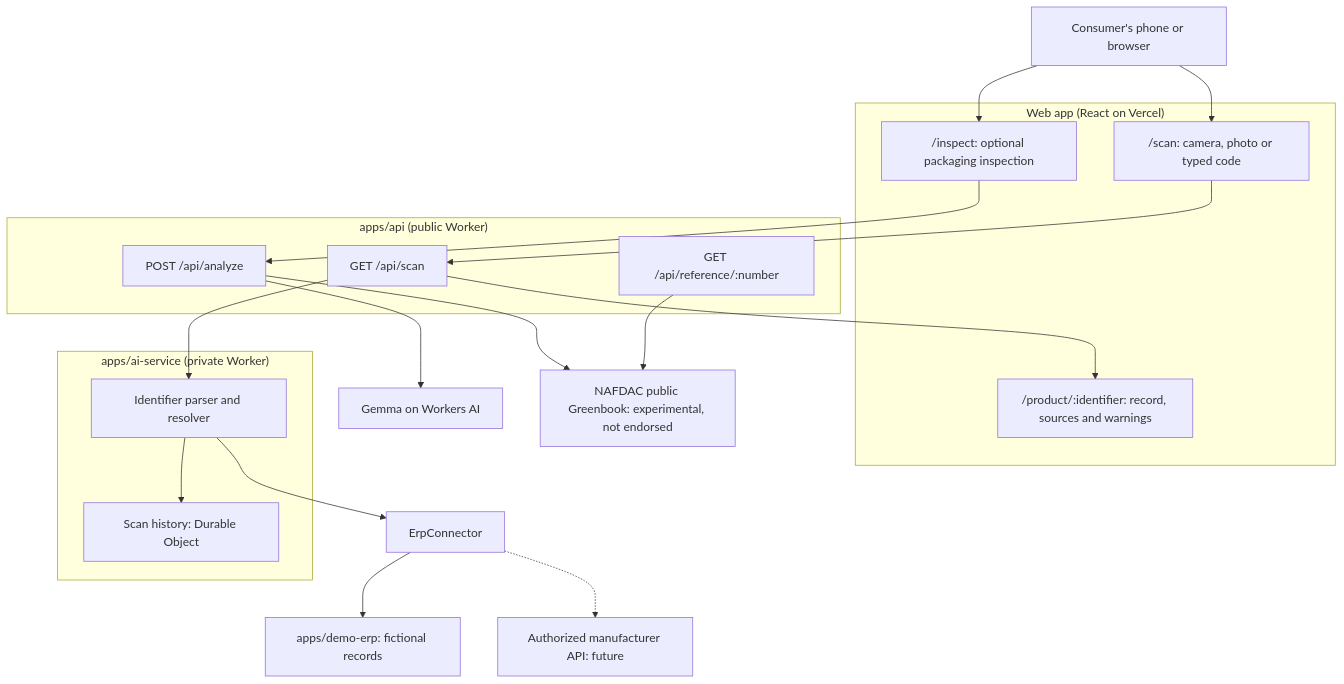
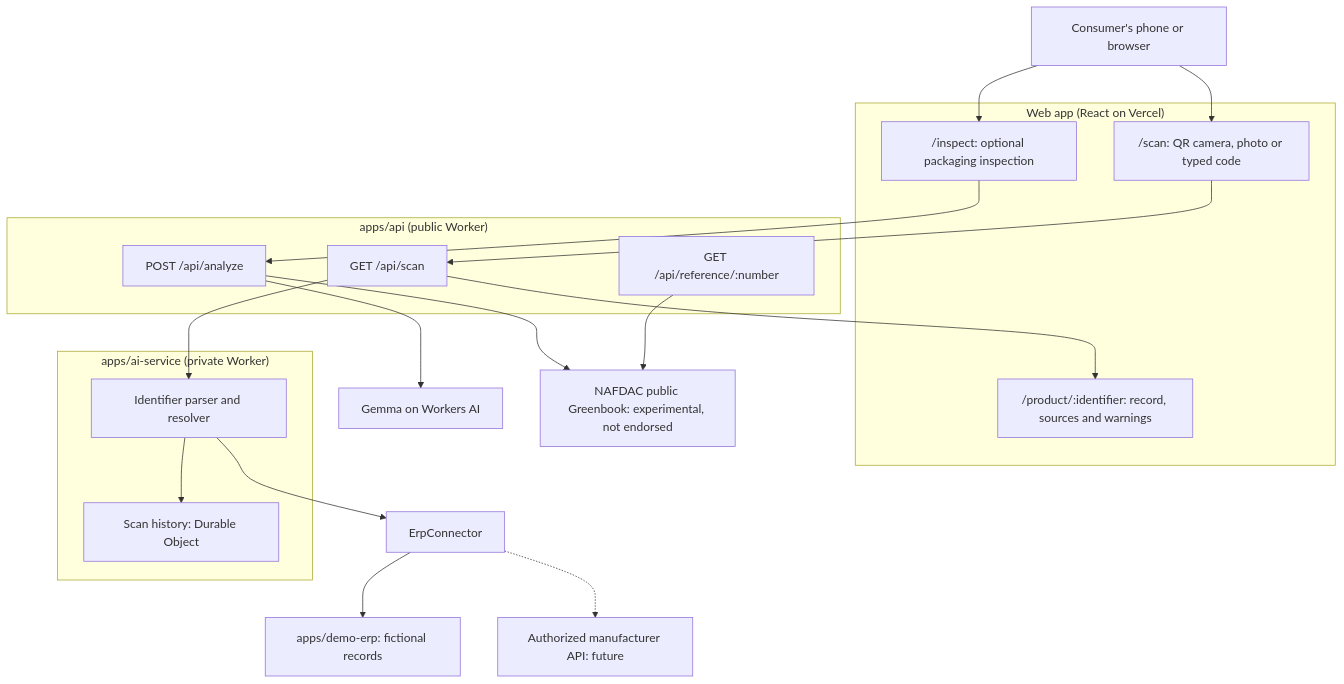
The diagram in docs/architecture.md (abdul-raham/counterfeitiq), drawn with Mermaid before and after one commit. The commit also changed other lines of this file and 30 other files, not shown here.

````diff
--- a/docs/architecture.md
+++ b/docs/architecture.md
@@ -3,33 +3,33 @@
 ```mermaid
 flowchart TD
     User[Consumer's phone or browser]
     subgraph Web["Web app (React on Vercel)"]
-        Scan["/scan: camera, photo or typed code"]
+        Scan["/scan: QR camera, photo or typed code"]
         Product["/product/:identifier: record, sources and warnings"]
         Inspect["/inspect: optional packaging inspection"]
     end
     subgraph Api["apps/api (public Worker)"]
         ScanRoute["GET /api/scan"]
         Analyze["POST /api/analyze"]
         Reference["GET /api/reference/:number"]
     end
     subgraph Intelligence["apps/ai-service (private Worker)"]
         Resolve["Identifier parser and resolver"]
         History["Scan history: Durable Object"]
     end
     Connector["ErpConnector"]
     Demo["apps/demo-erp: fictional records"]
     Real["Authorized manufacturer API: future"]
     Gemma["Gemma on Workers AI"]
     Greenbook["NAFDAC public Greenbook: experimental, not endorsed"]
 
     User --> Scan --> ScanRoute --> Resolve --> Connector
     Connector --> Demo
     Connector -.-> Real
     Resolve --> History
     ScanRoute --> Product
     User --> Inspect --> Analyze
     Analyze --> Gemma
     Analyze --> Greenbook
     Reference --> Greenbook
 ```
````
